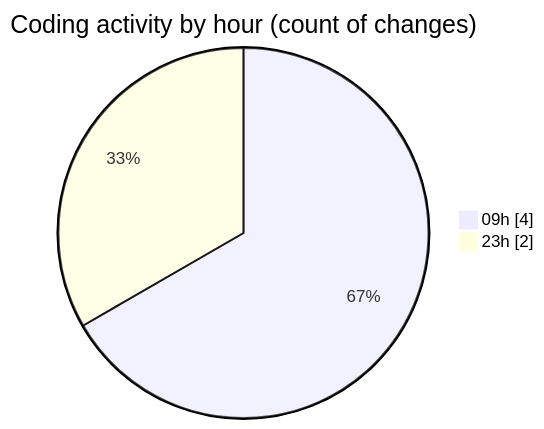
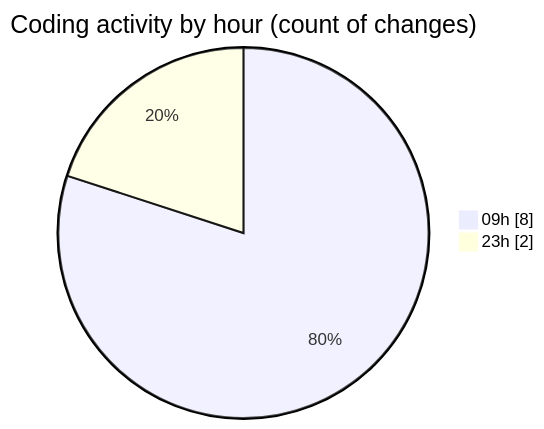
The second of 2 diagrams in 2025-05-19/niten/README.md (Elitesun/code-tracking), drawn with Mermaid before and after one commit. The commit also changed other lines of this file and 1 other file, not shown here.

````diff
--- a/2025-05-19/niten/README.md
+++ b/2025-05-19/niten/README.md
@@ -31,6 +31,6 @@
 ```mermaid
 pie showData
 title Coding activity by hour (count of changes)
-"09h" : 4
+"09h" : 8
 "23h" : 2
 ```
````
